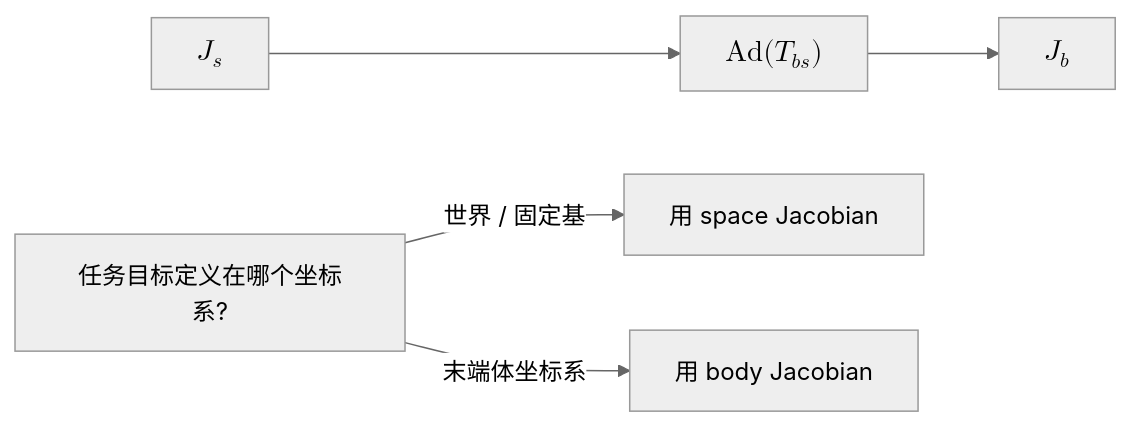
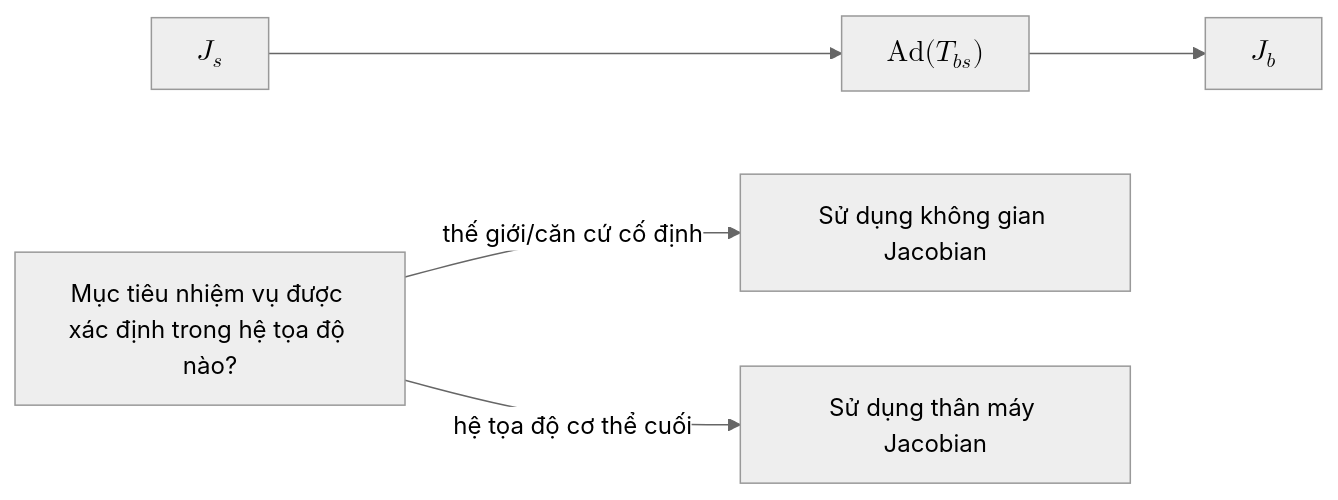
The fifth of 33 diagrams in roadmap/motion-control.md (ledinhtuyen/Robotics_Notebooks), drawn with Mermaid (neutral theme) before and after one commit. The commit also changed other lines of this file, not shown here.

Commit message:
docs(roadmap): 完成 motion-control 全文越南语翻译

````diff
--- a/roadmap/motion-control.md
+++ b/roadmap/motion-control.md
@@ -480,7 +486,7 @@
 ```mermaid
 flowchart LR
   Js["$$\mathbf{J}_s$$"] --> Ad["$$\mathrm{Ad}(T_{bs})$$"]
   Ad --> Jb["$$\mathbf{J}_b$$"]
-  Tgt[任务目标定义在哪个坐标系?] -->|世界 / 固定基| UseS[用 space Jacobian]
-  Tgt -->|末端体坐标系| UseB[用 body Jacobian]
+  Tgt[Mục tiêu nhiệm vụ được xác định trong hệ tọa độ nào?] -->|thế giới/căn cứ cố định| UseS[Sử dụng không gian Jacobian]
+  Tgt -->|hệ tọa độ cơ thể cuối| UseB[Sử dụng thân máy Jacobian]
 ```
````
